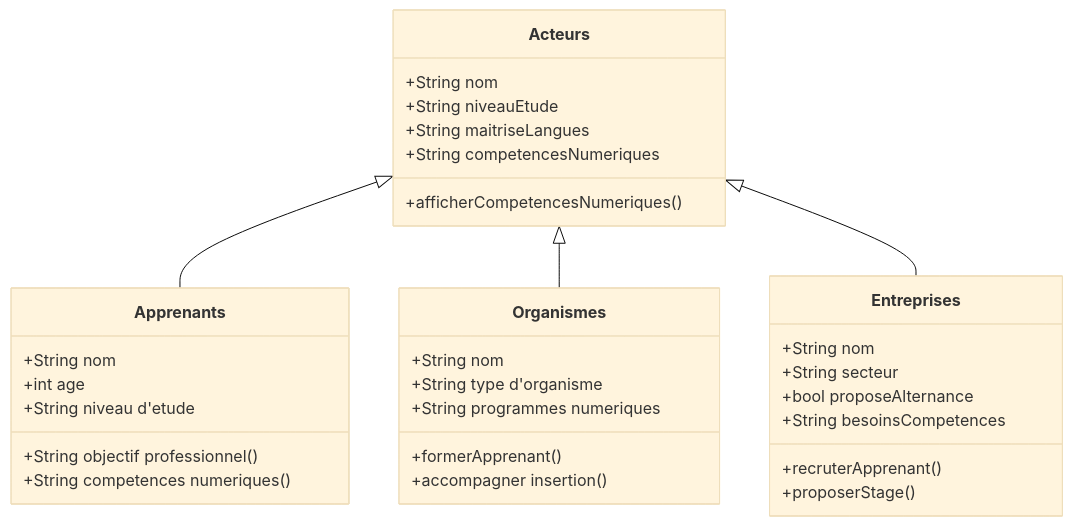
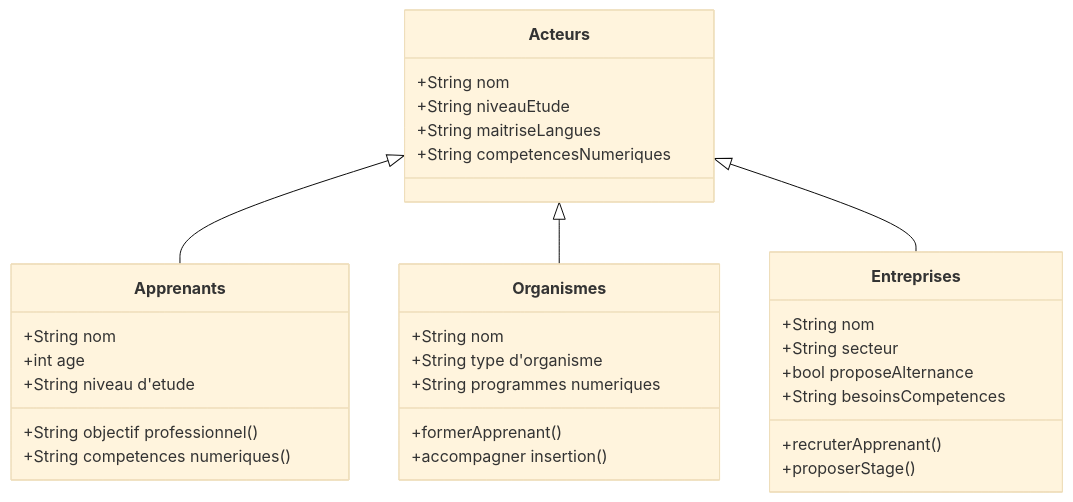
The diagram in acteursBMelissa-bit.md (bouzidifatimazohra00-ux/inclusion-numerique-93), drawn with Mermaid (base theme) before and after one commit.

````diff
--- a/acteursBMelissa-bit.md
+++ b/acteursBMelissa-bit.md
@@ -1,36 +1,36 @@
 ```mermaid
 classDiagram
     Acteurs <|-- Apprenants
     Acteurs <|-- Organismes
     Acteurs <|-- Entreprises
 
     class Acteurs {
         +String nom
         +String niveauEtude
         +String maitriseLangues
         +String competencesNumeriques
-        +afficherCompetencesNumeriques()
+       
     }
     class Apprenants{
        +String nom
     +int age
     +String niveau d'etude 
     +String objectif professionnel ()
     +String competences numeriques ()
     }
     class Organismes{
       +String nom
     +String type d'organisme
     +String programmes numeriques
     +formerApprenant()
     +accompagner insertion()
     }
     class Entreprises {
     +String nom
     +String secteur
     +bool proposeAlternance
     +String besoinsCompetences
     +recruterApprenant()
     +proposerStage()
 }
 ```
````
